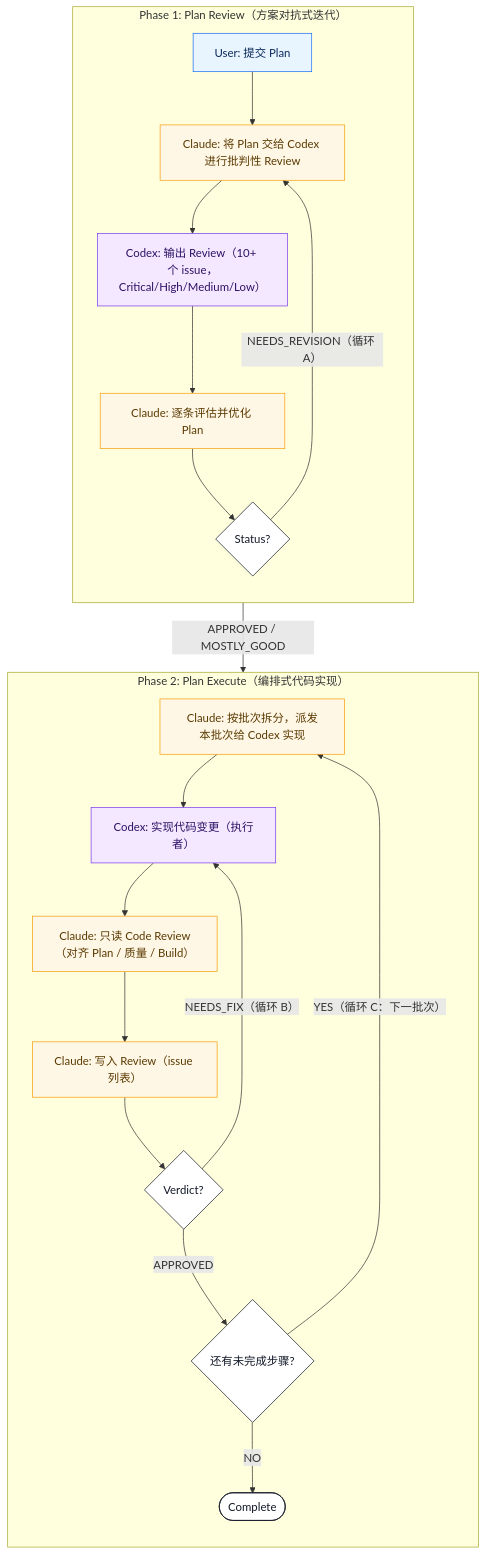
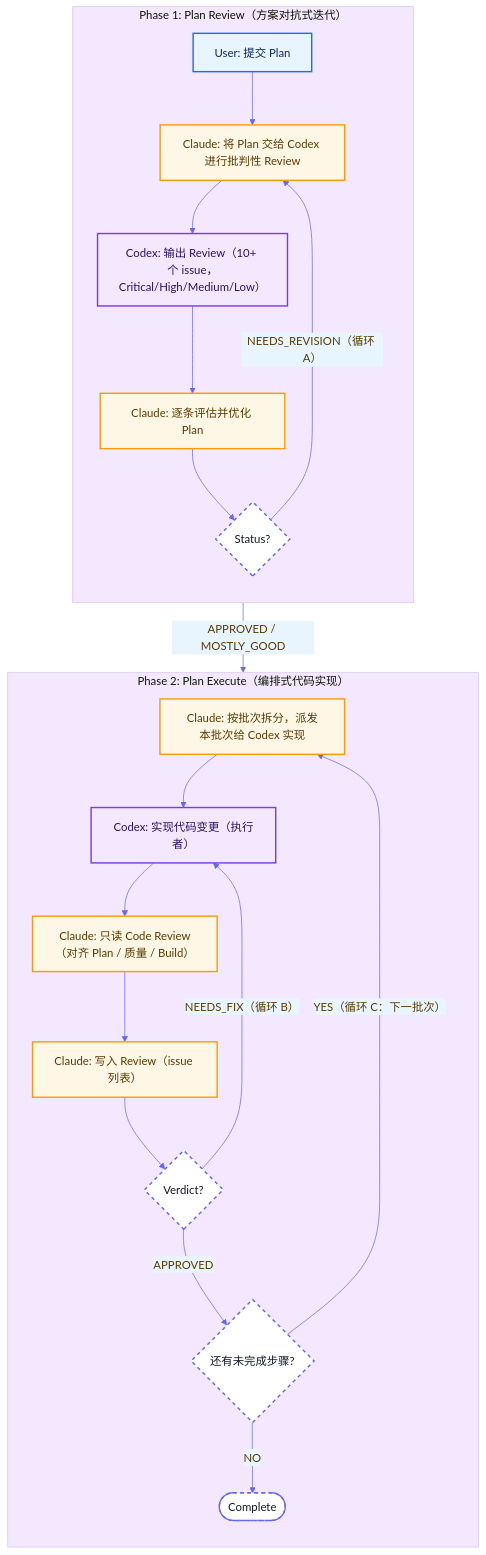
Before and after one commit to longranger2/claude-gpt-workflow: the diagram in README_zh.md, drawn with Mermaid. The commit also changed 1 other file, not shown here.

Commit message:
docs: enhance mermaid diagram styling with transparent background
- Add transparent background for dark/light mode compatibility
- Increase stroke width for better visibility
- Add dashed borders for decision nodes
- Configure unified theme variables

````diff
--- a/README_zh.md
+++ b/README_zh.md
@@ -63,42 +63,43 @@
 ```mermaid
+%%{init: {'theme': 'base', 'themeVariables': { 'background': 'transparent', 'primaryColor': '#FFF7E6', 'primaryTextColor': '#5A3A00', 'primaryBorderColor': '#F59E0B', 'lineColor': '#6366F1', 'secondaryColor': '#E8F5FF', 'tertiaryColor': '#F3E8FF'}}}%%
 flowchart TB
   %% ---------- 样式 ----------
-  classDef user fill:#E8F5FF,stroke:#1B6EF3,stroke-width:1px,color:#0B2A5B;
-  classDef claude fill:#FFF7E6,stroke:#F59E0B,stroke-width:1px,color:#5A3A00;
-  classDef codex fill:#F3E8FF,stroke:#7C3AED,stroke-width:1px,color:#2E1065;
-  classDef decision fill:#FFFFFF,stroke:#111827,stroke-width:1px,color:#111827;
+  classDef user fill:#E8F5FF,stroke:#1B6EF3,stroke-width:2px,color:#0B2A5B,stroke-dasharray: 0;
+  classDef claude fill:#FFF7E6,stroke:#F59E0B,stroke-width:2px,color:#5A3A00,stroke-dasharray: 0;
+  classDef codex fill:#F3E8FF,stroke:#7C3AED,stroke-width:2px,color:#2E1065,stroke-dasharray: 0;
+  classDef decision fill:#FFFFFF,stroke:#6366F1,stroke-width:2px,color:#111827,stroke-dasharray: 5 5;
 
   %% ---------- Phase 1: 方案评审 ----------
   subgraph P1["Phase 1: Plan Review（方案对抗式迭代）"]
     direction TB
     U1["User: 提交 Plan"]:::user
     C1["Claude: 将 Plan 交给 Codex 进行批判性 Review"]:::claude
     X1["Codex: 输出 Review（10+ 个 issue，Critical/High/Medium/Low）"]:::codex
     C2["Claude: 逐条评估并优化 Plan"]:::claude
     D1{"Status?"}:::decision
 
     U1 --> C1 --> X1 --> C2 --> D1
     D1 -- "NEEDS_REVISION（循环 A）" --> C1
   end
 
   %% ---------- Phase 2: 方案执行 ----------
   subgraph P2["Phase 2: Plan Execute（编排式代码实现）"]
     direction TB
     C3["Claude: 按批次拆分，派发本批次给 Codex 实现"]:::claude
     X2["Codex: 实现代码变更（执行者）"]:::codex
     C4["Claude: 只读 Code Review（对齐 Plan / 质量 / Build）"]:::claude
     C5["Claude: 写入 Review（issue 列表）"]:::claude
     D2{"Verdict?"}:::decision
     D3{"还有未完成步骤?"}:::decision
     Done([Complete]):::decision
 
     C3 --> X2 --> C4 --> C5 --> D2
     D2 -- "NEEDS_FIX（循环 B）" --> X2
     D2 -- "APPROVED" --> D3
     D3 -- "YES（循环 C：下一批次）" --> C3
     D3 -- "NO" --> Done
   end
 
   %% ---------- 阶段转换 ----------
   D1 -- "APPROVED / MOSTLY_GOOD" --> C3
 ```
````
